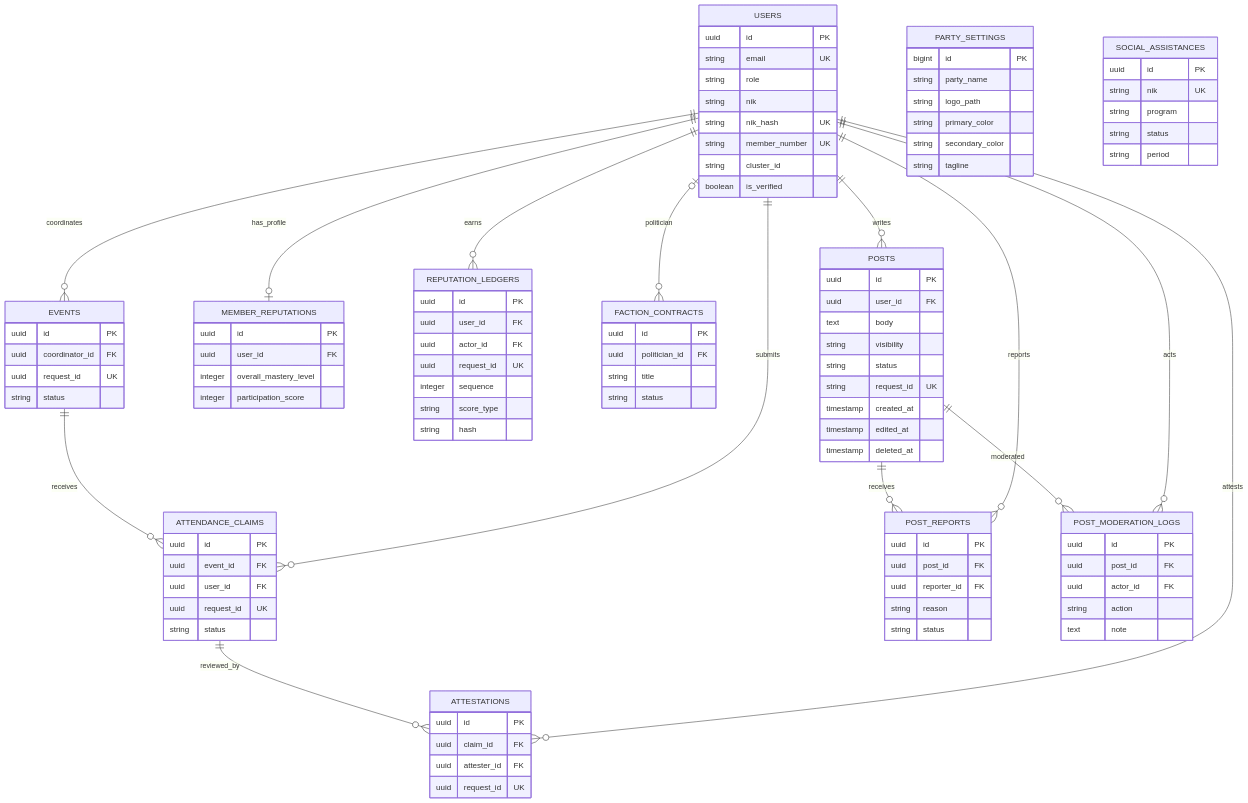
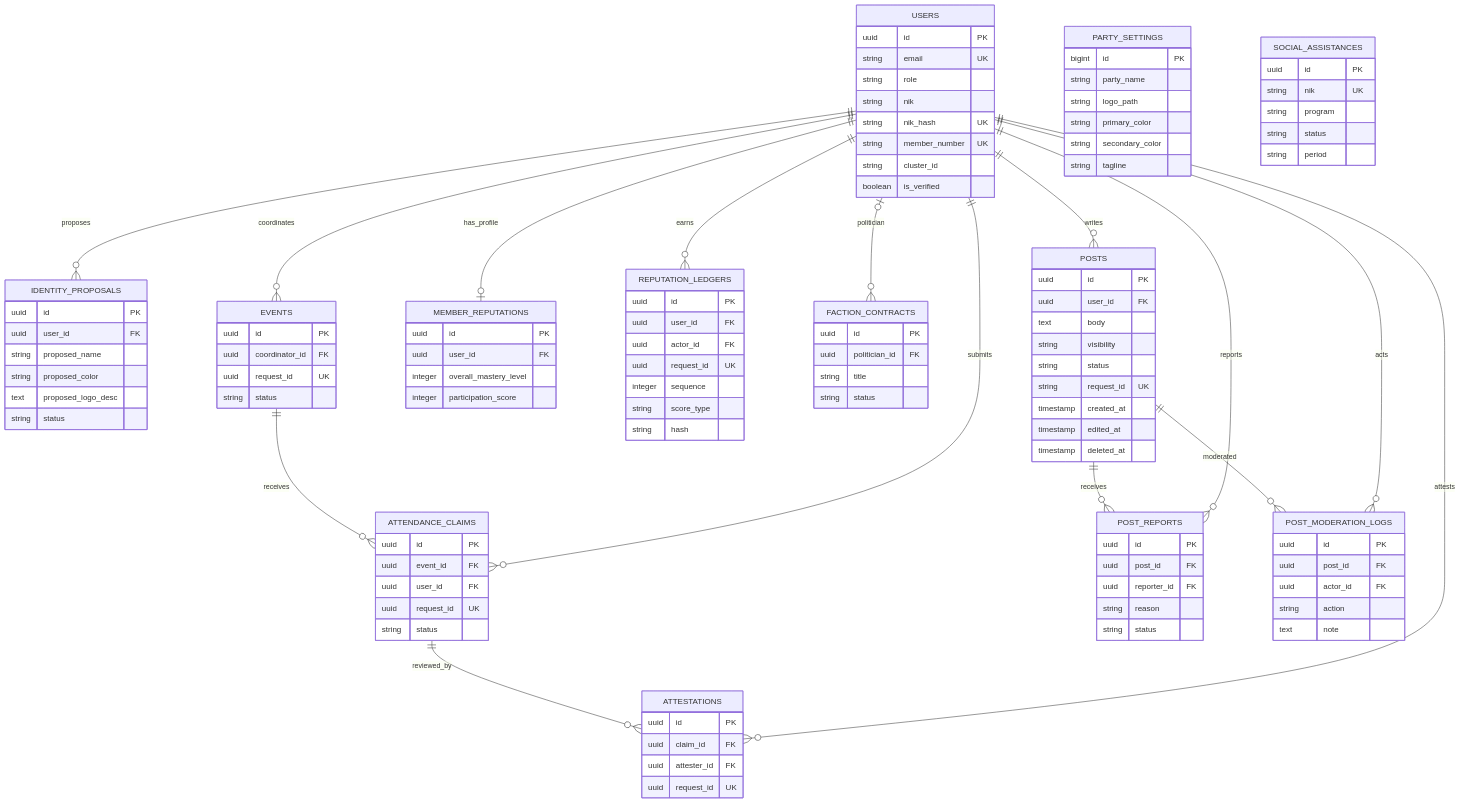
The fourth of 4 diagrams in docs/architecture.md (bagusgrav/partai), drawn with Mermaid before and after one commit. The commit also changed other lines of this file and 15 other files, not shown here.

```diff
--- a/docs/architecture.md
+++ b/docs/architecture.md
@@ -182,6 +183,14 @@
         string primary_color
         string secondary_color
         string tagline
+    }
+    IDENTITY_PROPOSALS {
+        uuid id PK
+        uuid user_id FK
+        string proposed_name
+        string proposed_color
+        text proposed_logo_desc
+        string status
     }
     EVENTS {
         uuid id PK
@@ -256,6 +265,7 @@
         string period
     }
     USERS ||--o{ EVENTS : coordinates
+    USERS ||--o{ IDENTITY_PROPOSALS : proposes
     EVENTS ||--o{ ATTENDANCE_CLAIMS : receives
     USERS ||--o{ ATTENDANCE_CLAIMS : submits
     ATTENDANCE_CLAIMS ||--o{ ATTESTATIONS : reviewed_by
```
